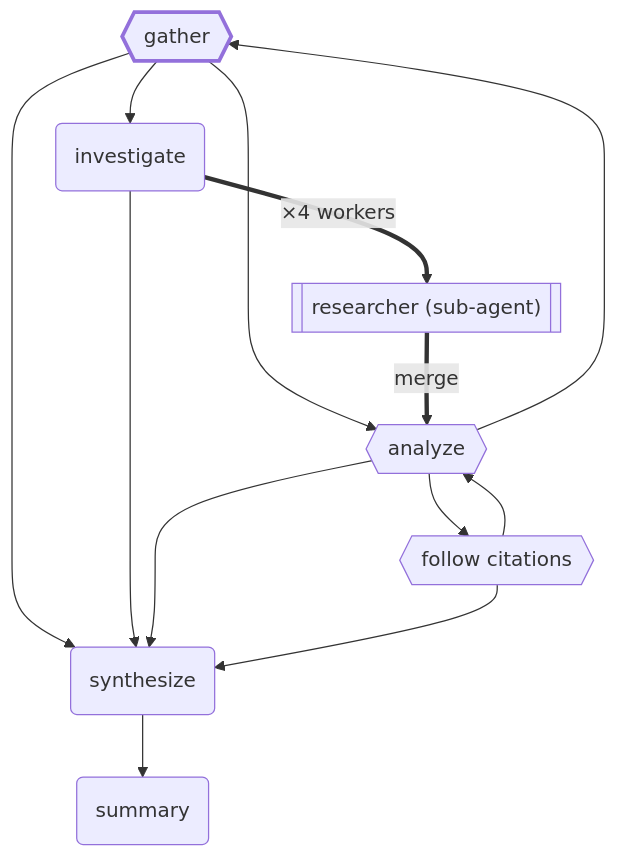
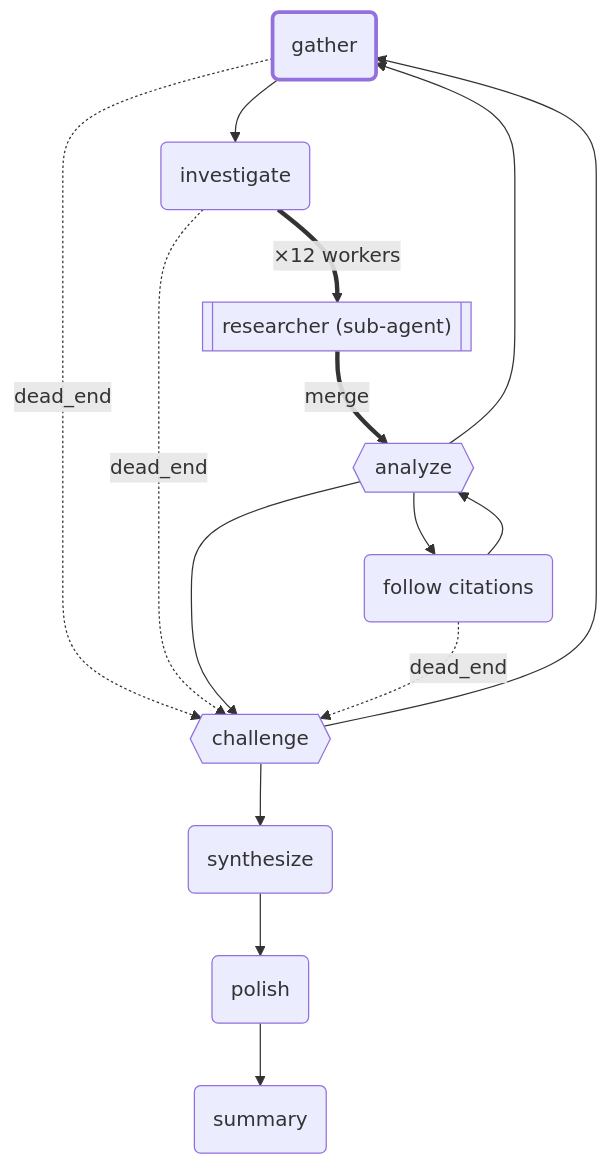
One commit to GEMISIS/leviath changed the diagram in docs/assets/agents/src/deep-researcher.mmd. Above: the diagram before and after it, drawn with Mermaid. The commit also changed 28 other files, not shown here.

First line of the commit message:
docs(agents): orchestrator catalog entry, regenerated diagrams, eight-agent counts

```diff
--- a/docs/assets/agents/src/deep-researcher.mmd
+++ b/docs/assets/agents/src/deep-researcher.mmd
@@ -1,22 +1,26 @@
 flowchart TD
-    gather{{gather}}
+    gather(gather)
     investigate(investigate)
     analyze{{analyze}}
-    follow_citations{{follow citations}}
+    follow_citations(follow citations)
     synthesize(synthesize)
     summary(summary)
+    challenge{{challenge}}
+    polish(polish)
     investigate_workers[["researcher (sub-agent)"]]
     gather --> investigate
-    gather --> analyze
-    gather --> synthesize
-    investigate ==>|×4 workers| investigate_workers
+    gather -. dead_end .-> challenge
+    investigate ==>|×12 workers| investigate_workers
     investigate_workers ==>|merge| analyze
-    investigate --> synthesize
+    investigate -. dead_end .-> challenge
     analyze --> gather
     analyze --> follow_citations
-    analyze --> synthesize
+    analyze --> challenge
     follow_citations --> analyze
-    follow_citations --> synthesize
-    synthesize --> summary
+    follow_citations -. dead_end .-> challenge
+    synthesize --> polish
+    challenge --> gather
+    challenge --> synthesize
+    polish --> summary
     classDef entry stroke-width:3px
     class gather entry
```
